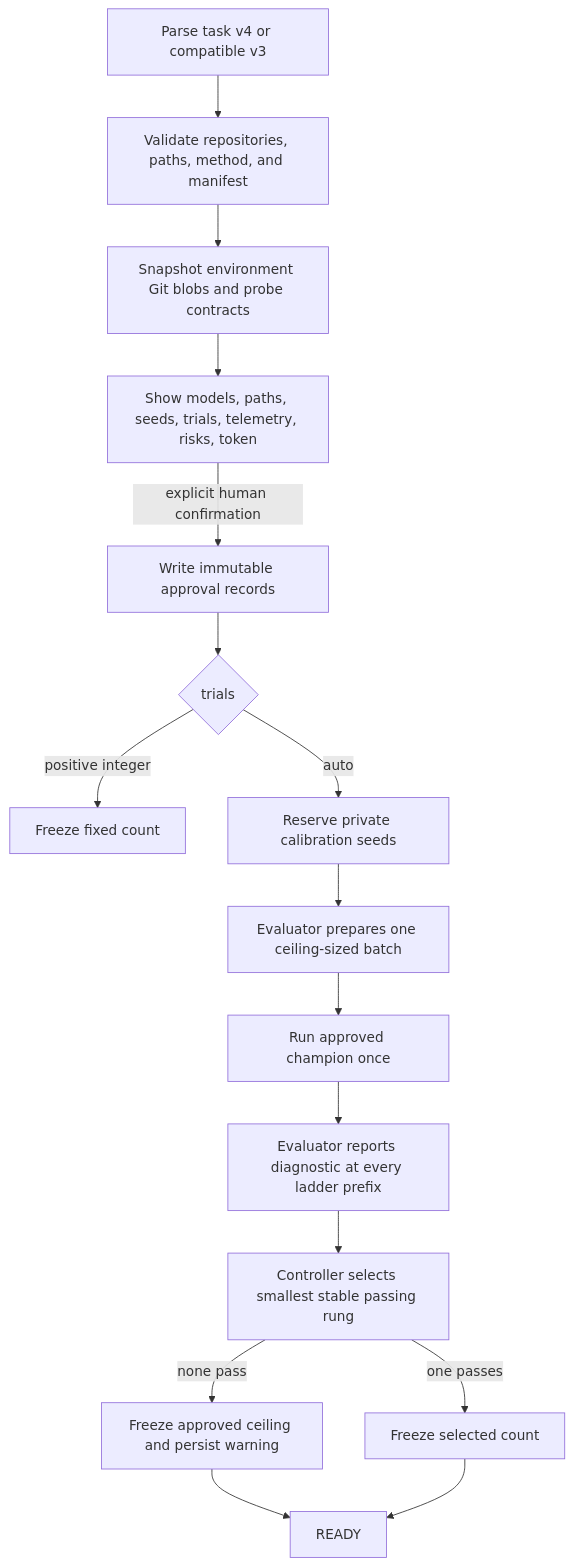
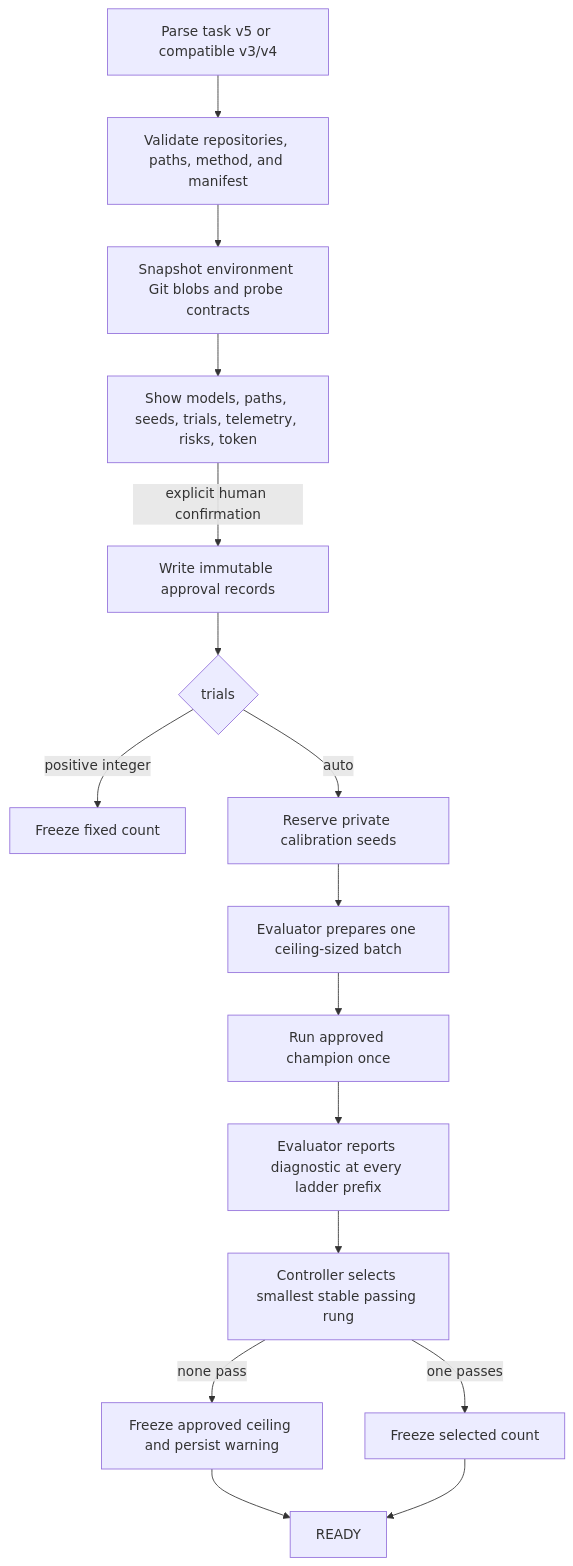
One commit to N00bcak/arctl changed the third of 7 diagrams in docs/design.md. Above: the diagram before and after it, drawn with Mermaid. The commit also changed 21 other files, not shown here.

````diff
--- a/docs/design.md
+++ b/docs/design.md
@@ -145,18 +145,18 @@
 ```mermaid
 flowchart TD
-    P[Parse task v4 or compatible v3] --> V[Validate repositories, paths, method, and manifest]
+    P[Parse task v5 or compatible v3/v4] --> V[Validate repositories, paths, method, and manifest]
     V --> ENV[Snapshot environment Git blobs and probe contracts]
     ENV --> PREVIEW[Show models, paths, seeds, trials, telemetry, risks, token]
     PREVIEW -->|explicit human confirmation| LOCK[Write immutable approval records]
     LOCK --> T{trials}
     T -->|positive integer| FIX[Freeze fixed count]
     T -->|auto| RES[Reserve private calibration seeds]
     RES --> PREP[Evaluator prepares one ceiling-sized batch]
     PREP --> CHAMP[Run approved champion once]
     CHAMP --> ASSESS[Evaluator reports diagnostic at every ladder prefix]
     ASSESS --> SELECT[Controller selects smallest stable passing rung]
     SELECT -->|none pass| CEIL[Freeze approved ceiling and persist warning]
     SELECT -->|one passes| FREEZE[Freeze selected count]
     CEIL --> READY[READY]
     FREEZE --> READY
 ```
````
